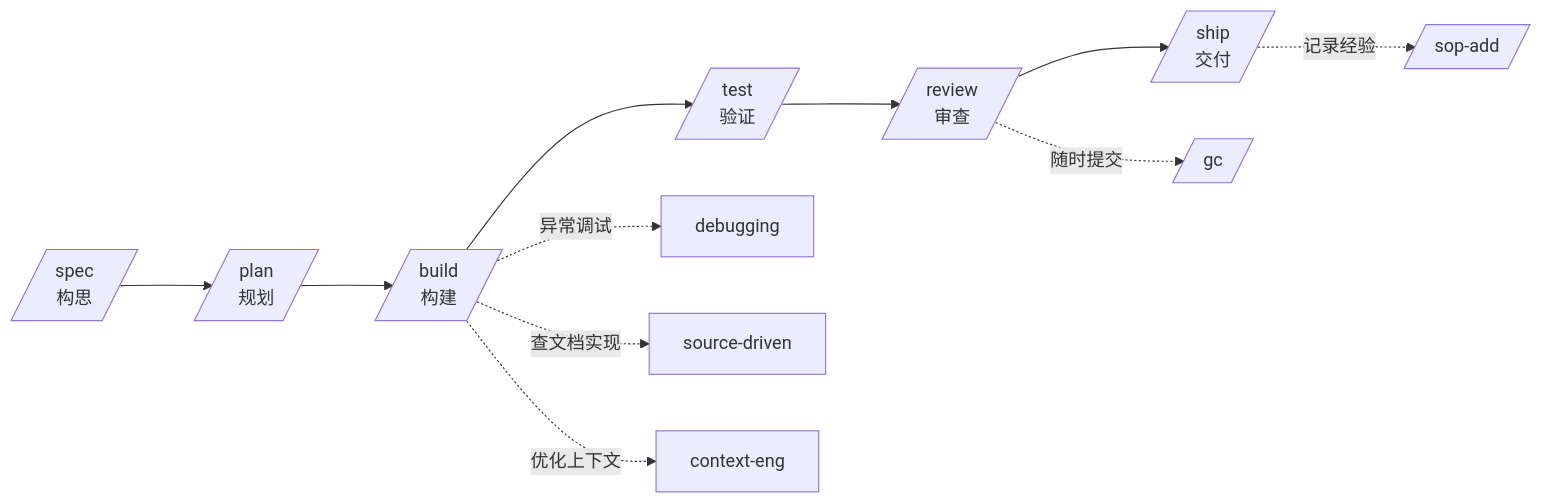
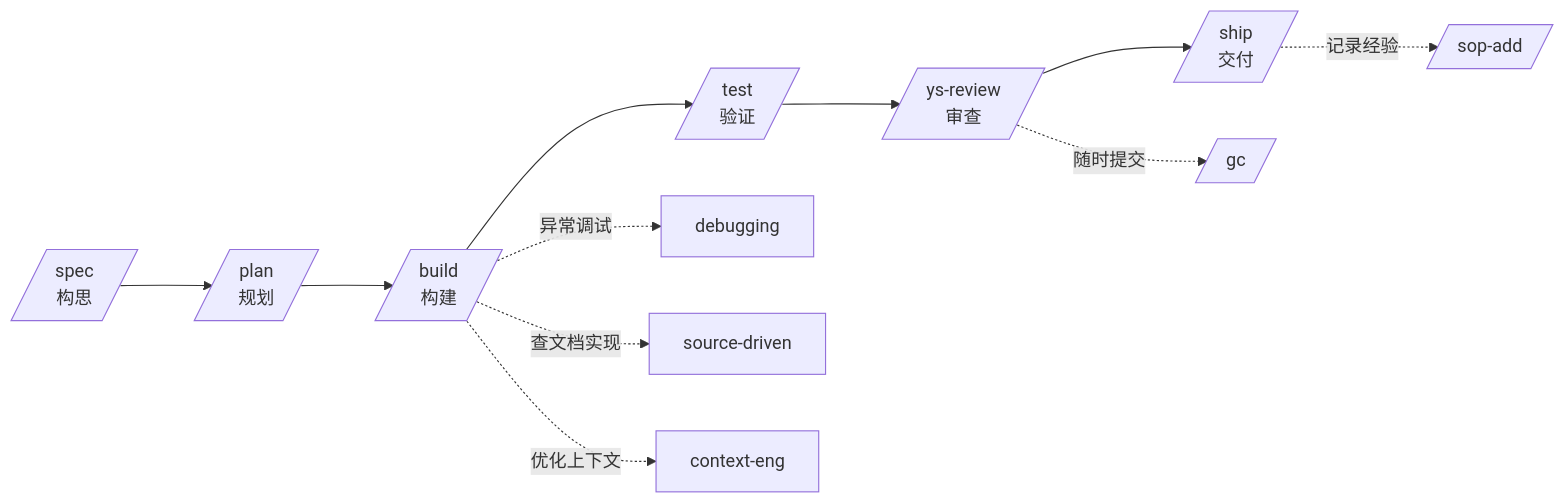
The first of 2 diagrams in README.md (carl10086/ys-powers), drawn with Mermaid before and after one commit. The commit also changed other lines of this file and 125 other files, not shown here.

````diff
--- a/README.md
+++ b/README.md
@@ -39,14 +39,14 @@
 ```mermaid
 flowchart LR
     A[/spec<br/>构思/] --> B[/plan<br/>规划/]
     B --> C[/build<br/>构建/]
     C --> D[/test<br/>验证/]
-    D --> E[/review<br/>审查/]
+    D --> E[/ys-review<br/>审查/]
     E --> F[/ship<br/>交付/]
 
     C -.异常调试.-> G[debugging]
     C -.查文档实现.-> H[source-driven]
     C -.优化上下文.-> I[context-eng]
     E -.随时提交.-> J[/gc/]
     F -.记录经验.-> K[/sop-add/]
 ```
````
